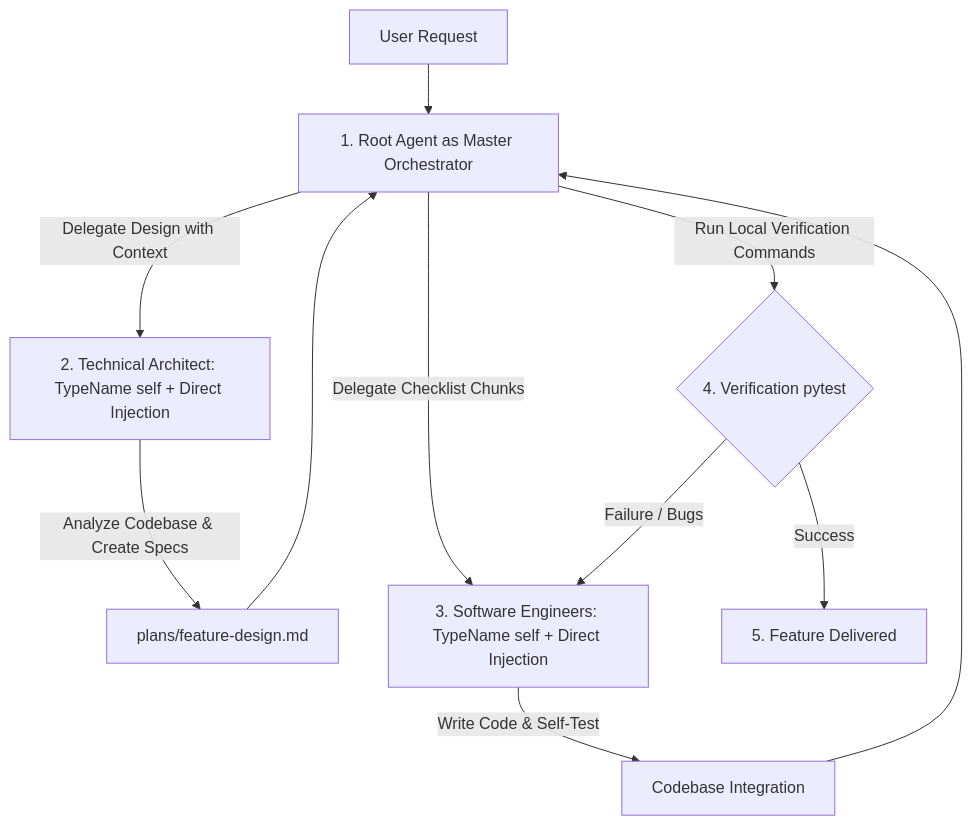
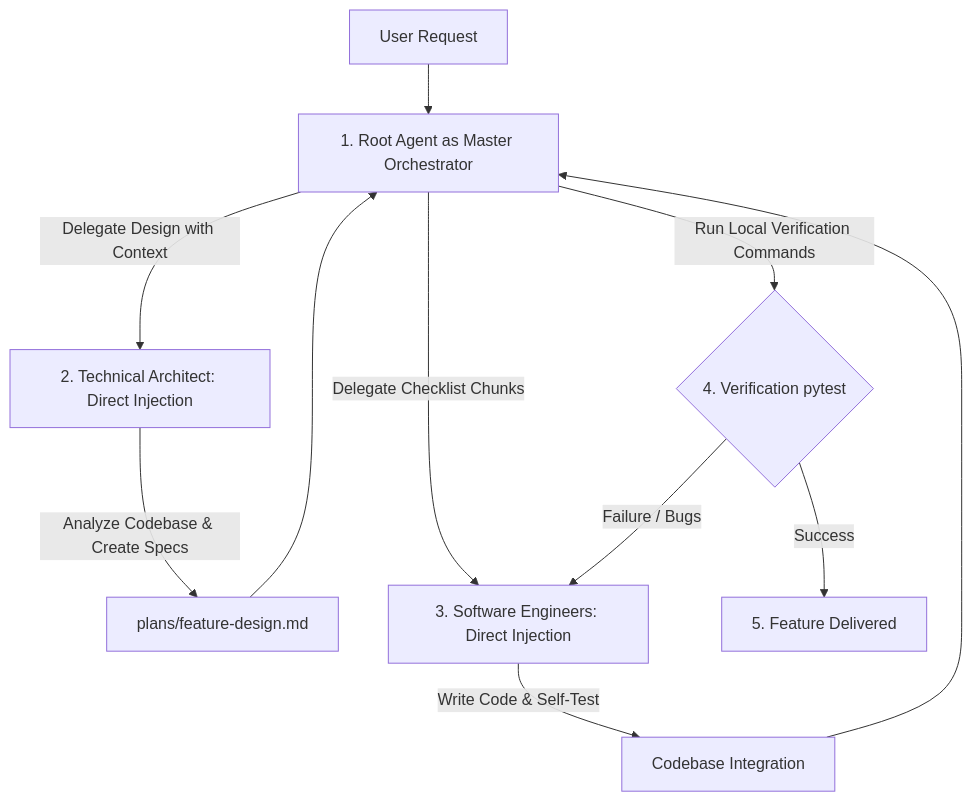
The diagram in .agents/rules/multi-agent-workflow.md (ypenn21/adk-agents), drawn with Mermaid before and after one commit. The commit also changed other lines of this file and 3 other files, not shown here.

Commit message:
update agent architect and engineer

````diff
--- a/.agents/rules/multi-agent-workflow.md
+++ b/.agents/rules/multi-agent-workflow.md
@@ -25,13 +26,13 @@
 ```mermaid
 graph TD
     User[User Request] --> Orchestrator[1. Root Agent as Master Orchestrator]
-    Orchestrator -->|Delegate Design with Context| Architect[2. Technical Architect: TypeName self + Direct Injection]
+    Orchestrator -->|Delegate Design with Context| Architect[2. Technical Architect: Direct Injection]
     Architect -->|Analyze Codebase & Create Specs| Blueprint[plans/feature-design.md]
     Blueprint --> Orchestrator
-    Orchestrator -->|Delegate Checklist Chunks| Engineers[3. Software Engineers: TypeName self + Direct Injection]
+    Orchestrator -->|Delegate Checklist Chunks| Engineers[3. Software Engineers: Direct Injection]
     Engineers -->|Write Code & Self-Test| Codebase[Codebase Integration]
     Codebase --> Orchestrator
     Orchestrator -->|Run Local Verification Commands| Verification{4. Verification pytest}
     Verification -->|Success| Complete[5. Feature Delivered]
     Verification -->|Failure / Bugs| Engineers
 ```
````
